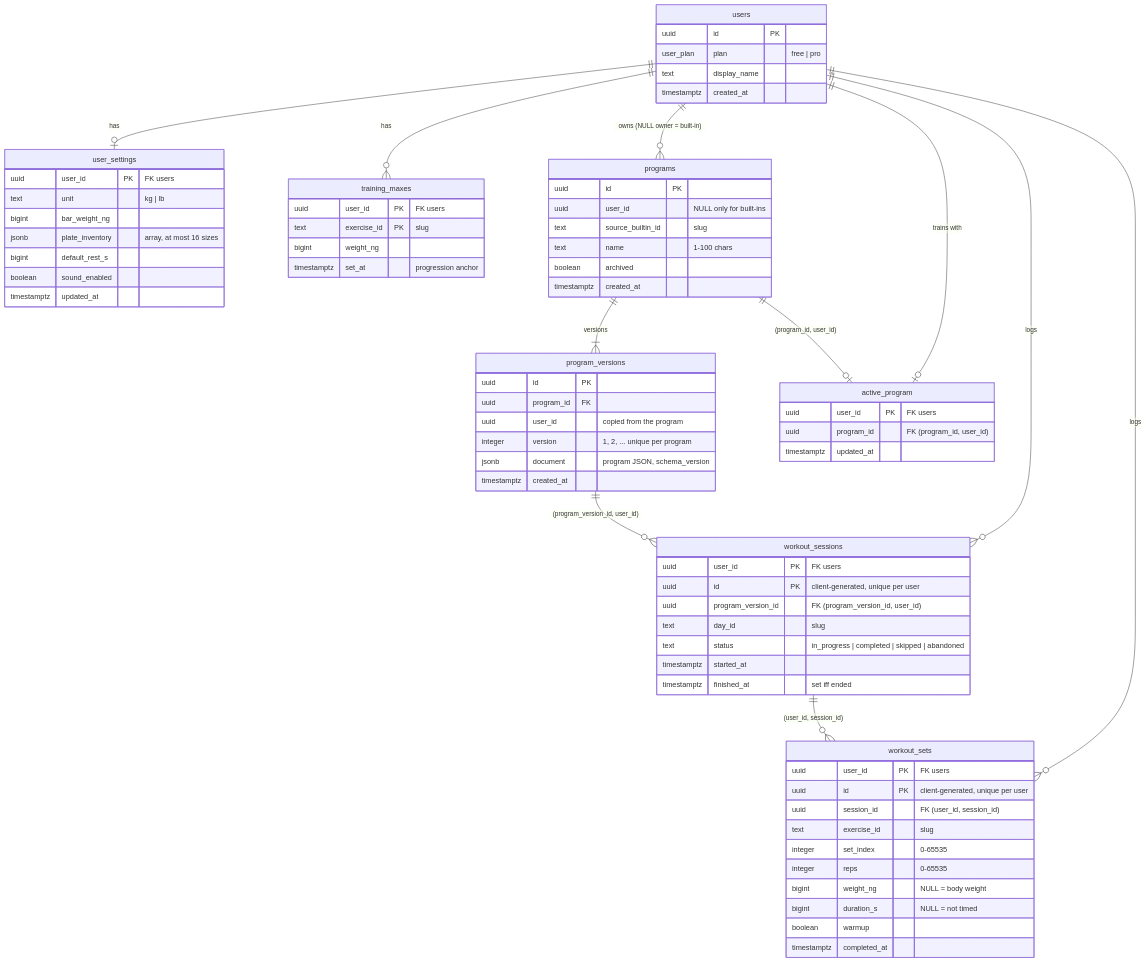
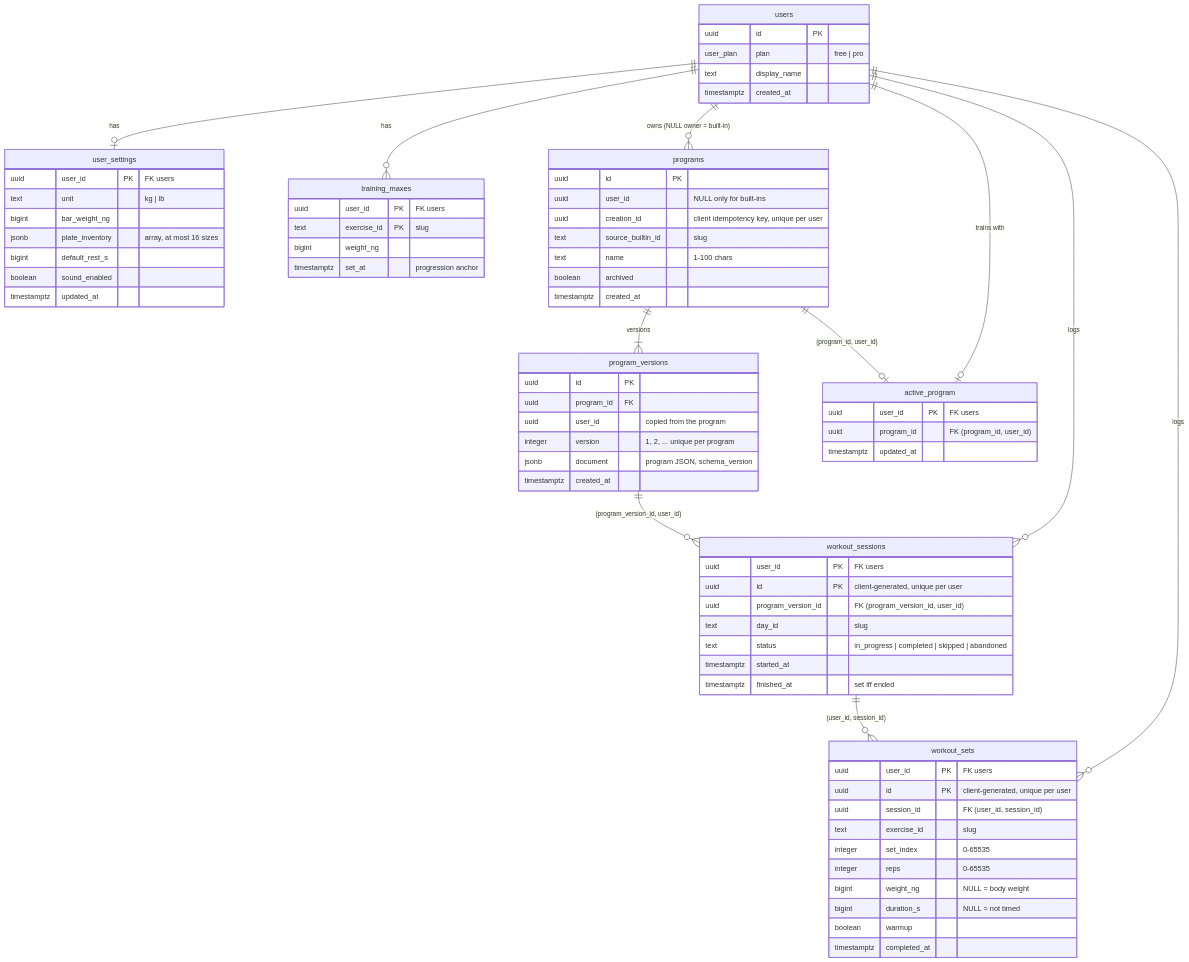
One commit to fe2o3-labs/Iron-Oxide changed the diagram in docs/database.md. Above: the diagram before and after it, drawn with Mermaid. The commit also changed other lines of this file and 6 other files, not shown here.

Commit message:
CI: require every Postgres test to pass and floors for isolation and schema tests; document the review fixes

````diff
--- a/docs/database.md
+++ b/docs/database.md
@@ -14,77 +14,78 @@
 ```mermaid
 erDiagram
     users ||--o| user_settings : "has"
     users ||--o{ training_maxes : "has"
     users ||--o{ programs : "owns (NULL owner = built-in)"
     programs ||--|{ program_versions : "versions"
     users ||--o| active_program : "trains with"
     programs ||--o| active_program : "(program_id, user_id)"
     users ||--o{ workout_sessions : "logs"
     program_versions ||--o{ workout_sessions : "(program_version_id, user_id)"
     users ||--o{ workout_sets : "logs"
     workout_sessions ||--o{ workout_sets : "(user_id, session_id)"
 
     users {
         uuid id PK
         user_plan plan "free | pro"
         text display_name
         timestamptz created_at
     }
     user_settings {
         uuid user_id PK "FK users"
         text unit "kg | lb"
         bigint bar_weight_ng
         jsonb plate_inventory "array, at most 16 sizes"
         bigint default_rest_s
         boolean sound_enabled
         timestamptz updated_at
     }
     training_maxes {
         uuid user_id PK "FK users"
         text exercise_id PK "slug"
         bigint weight_ng
         timestamptz set_at "progression anchor"
     }
     programs {
         uuid id PK
         uuid user_id "NULL only for built-ins"
+        uuid creation_id "client idempotency key, unique per user"
         text source_builtin_id "slug"
         text name "1-100 chars"
         boolean archived
         timestamptz created_at
     }
     program_versions {
         uuid id PK
         uuid program_id FK
         uuid user_id "copied from the program"
         integer version "1, 2, ... unique per program"
         jsonb document "program JSON, schema_version"
         timestamptz created_at
     }
     active_program {
         uuid user_id PK "FK users"
         uuid program_id "FK (program_id, user_id)"
         timestamptz updated_at
     }
     workout_sessions {
         uuid user_id PK "FK users"
         uuid id PK "client-generated, unique per user"
         uuid program_version_id "FK (program_version_id, user_id)"
         text day_id "slug"
         text status "in_progress | completed | skipped | abandoned"
         timestamptz started_at
         timestamptz finished_at "set iff ended"
     }
     workout_sets {
         uuid user_id PK "FK users"
         uuid id PK "client-generated, unique per user"
         uuid session_id "FK (user_id, session_id)"
         text exercise_id "slug"
         integer set_index "0-65535"
         integer reps "0-65535"
         bigint weight_ng "NULL = body weight"
         bigint duration_s "NULL = not timed"
         boolean warmup
         timestamptz completed_at
     }
 ```
````
